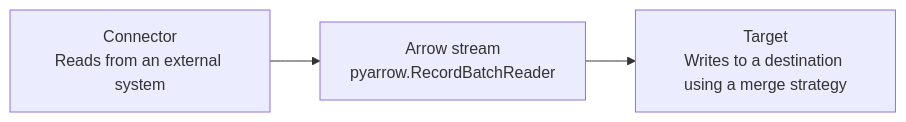
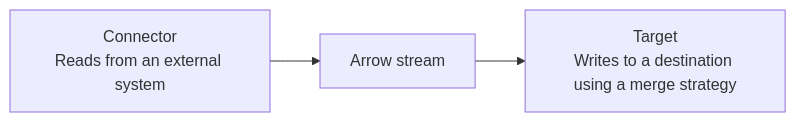
The diagram in README.md (maas-vansteenbergen/arrow-ingest), drawn with Mermaid before and after one commit. The commit also changed other lines of this file and 3 other files, not shown here.

````diff
--- a/README.md
+++ b/README.md
@@ -35,9 +33,9 @@
 ```mermaid
 flowchart LR
     Connector["Connector<br/>Reads from an external system"]
-    Stream["Arrow stream<br/>pyarrow.RecordBatchReader"]
+    Stream["Arrow stream"]
     Target["Target<br/>Writes to a destination using a merge strategy"]
 
     Connector --> Stream
     Stream --> Target
 ```
````
